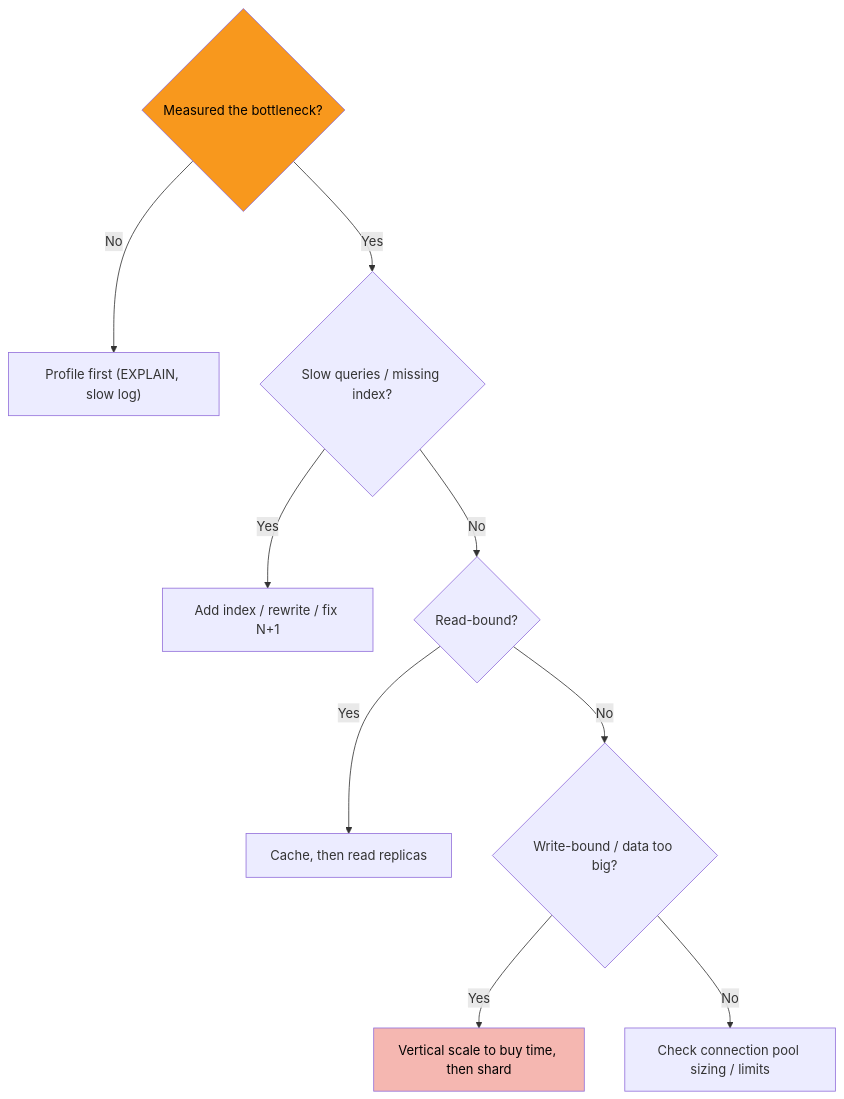
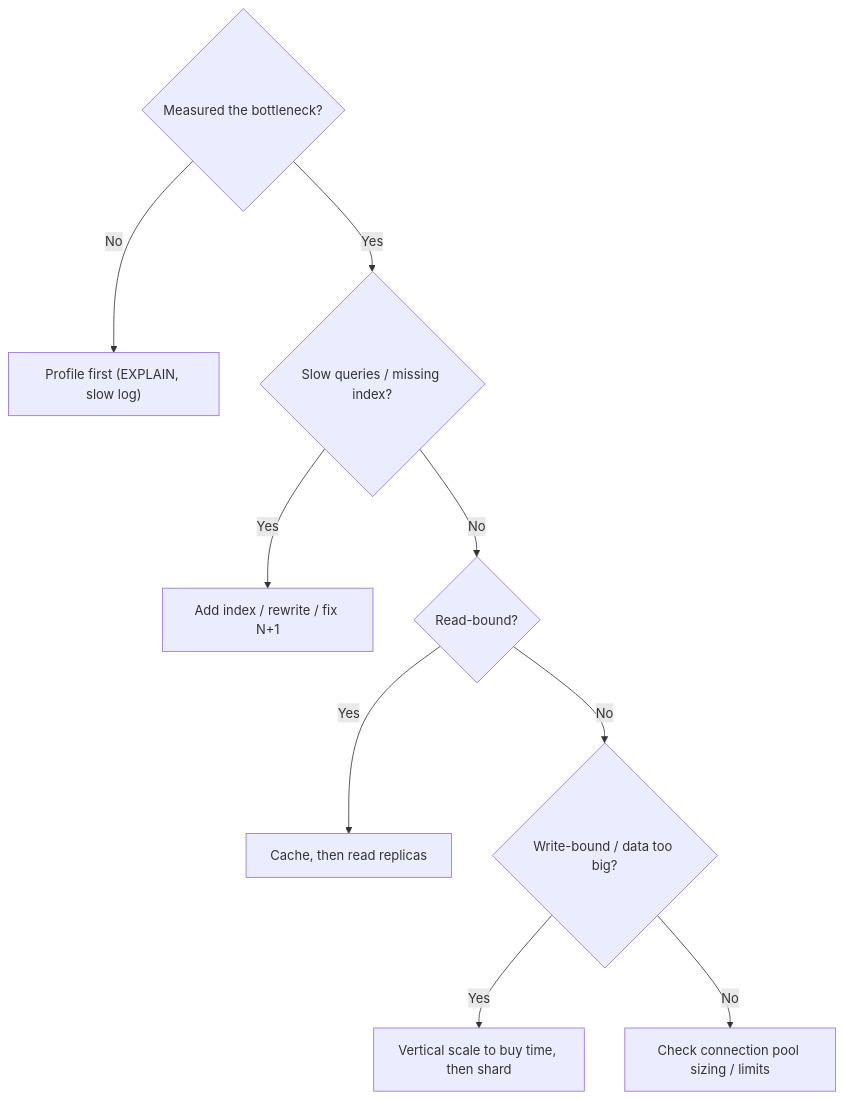
Before and after one commit to mohammad-mriesh-job/cortex: the third of 3 diagrams in src/modules/database/content/09-scaling/06-scaling-playbook.md, drawn with Mermaid. The commit also changed other lines of this file and 257 other files, not shown here.

````diff
--- a/src/modules/database/content/09-scaling/06-scaling-playbook.md
+++ b/src/modules/database/content/09-scaling/06-scaling-playbook.md
@@ -97,14 +91,12 @@
 ```mermaid
 flowchart TD
     Q0{"Measured the bottleneck?"}
     Q0 -->|No| M["Profile first (EXPLAIN, slow log)"]
     Q0 -->|Yes| Q1{"Slow queries / missing index?"}
     Q1 -->|Yes| FIX["Add index / rewrite / fix N+1"]
     Q1 -->|No| Q2{"Read-bound?"}
     Q2 -->|Yes| CACHE["Cache, then read replicas"]
     Q2 -->|No| Q3{"Write-bound / data too big?"}
     Q3 -->|Yes| SHARD["Vertical scale to buy time, then shard"]
     Q3 -->|No| POOL["Check connection pool sizing / limits"]
-    style Q0 fill:#f8981d,color:#000
-    style SHARD fill:#f5b7b1,color:#000
 ```
````
